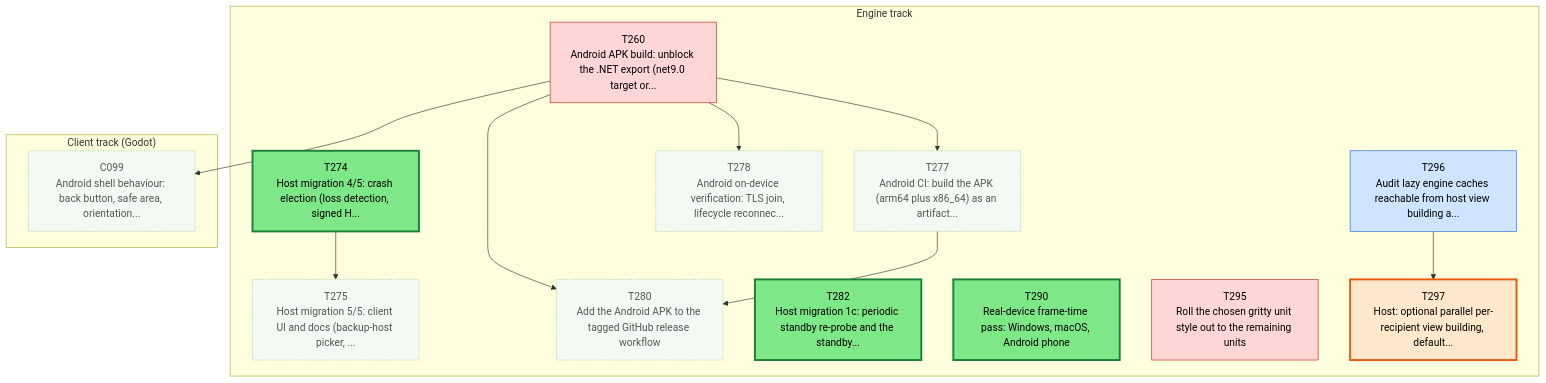
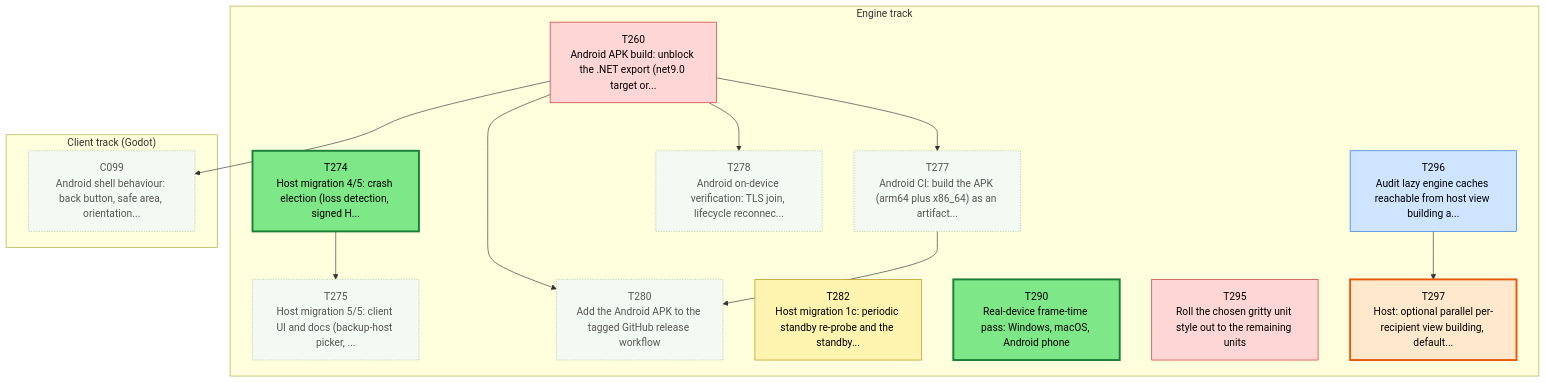
The first of 3 diagrams in csharp/migration/DEPENDENCY_MAP.md (Kenmura/Unciv), drawn with Mermaid before and after one commit. The commit also changed other lines of this file and 1 other file, not shown here.

````diff
--- a/csharp/migration/DEPENDENCY_MAP.md
+++ b/csharp/migration/DEPENDENCY_MAP.md
@@ -35,45 +35,45 @@
 ```mermaid
 flowchart TD
   subgraph TTRACK["Engine track"]
     T260["T260<br/>Android APK build: unblock the .NET export (net9.0 target or..."]
     T274["T274<br/>Host migration 4/5: crash election (loss detection, signed H..."]
     T275["T275<br/>Host migration 5/5: client UI and docs (backup-host picker, ..."]
     T277["T277<br/>Android CI: build the APK (arm64 plus x86_64) as an artifact..."]
     T278["T278<br/>Android on-device verification: TLS join, lifecycle reconnec..."]
     T280["T280<br/>Add the Android APK to the tagged GitHub release workflow"]
     T282["T282<br/>Host migration 1c: periodic standby re-probe and the standby..."]
     T290["T290<br/>Real-device frame-time pass: Windows, macOS, Android phone"]
     T295["T295<br/>Roll the chosen gritty unit style out to the remaining units"]
     T296["T296<br/>Audit lazy engine caches reachable from host view building a..."]
     T297["T297<br/>Host: optional parallel per-recipient view building, default..."]
   end
   subgraph CTRACK["Client track (Godot)"]
     C099["C099<br/>Android shell behaviour: back button, safe area, orientation..."]
   end
   T274 --> T275
   T260 --> T277
   T260 --> T278
   T260 --> T280
   T277 --> T280
   T296 --> T297
   T260 --> C099
   classDef waiting fill:#f3faf3,stroke:#9bc49b,color:#555,stroke-dasharray:2 2
   classDef ondeck fill:#ffe8cc,stroke:#e8590c,stroke-width:3px,color:#000
   classDef ready fill:#7ee787,stroke:#1a7f37,stroke-width:3px,color:#000
   classDef prog fill:#fff3b0,stroke:#b58900,color:#000
   classDef review fill:#cfe4ff,stroke:#1f6feb,color:#000
   classDef blocked fill:#ffd6d6,stroke:#c62828,color:#000
   classDef done fill:#eeeeee,stroke:#999999,color:#666,stroke-dasharray:4 3
   class C099 waiting
   class T260 blocked
   class T274 ready
   class T275 waiting
   class T277 waiting
   class T278 waiting
   class T280 waiting
-  class T282 ready
+  class T282 prog
   class T290 ready
   class T295 blocked
   class T296 review
   class T297 ondeck
 ```
````
